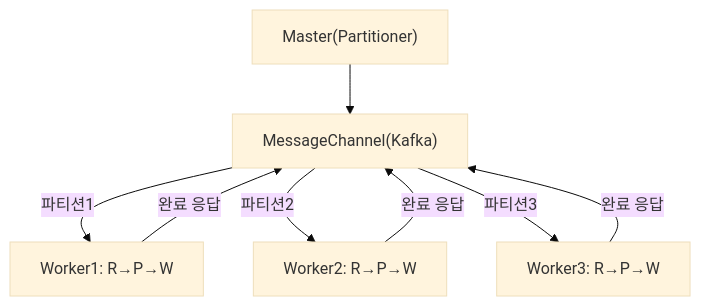
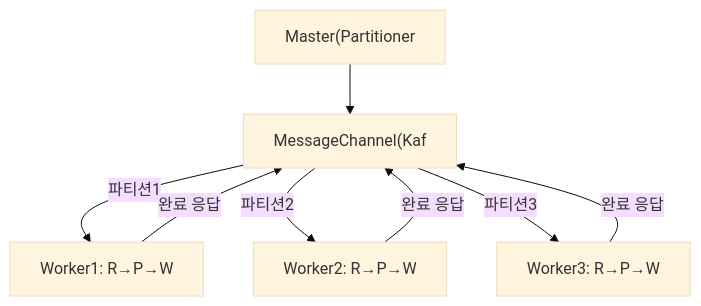
One commit to yjkim2015/yjkim2015.github.io changed the fourth of 6 diagrams in _posts/batch/2026-05-03-spring-batch-partitioning.md. Above: the diagram before and after it, drawn with Mermaid (base theme). The commit also changed other lines of this file and 271 other files, not shown here.

First line of the commit message:
Mermaid 라벨 축소: 긴 노드 텍스트 18자 이하로 트림 + \n 제거

````diff
--- a/_posts/batch/2026-05-03-spring-batch-partitioning.md
+++ b/_posts/batch/2026-05-03-spring-batch-partitioning.md
@@ -304,8 +304,8 @@
 ```mermaid
 flowchart TD
-    A["Master(Partitioner)"] --> B["MessageChannel(Kafka)"]
+    A["Master(Partitioner"] --> B["MessageChannel(Kaf"]
     B -->|파티션1| C["Worker1: R→P→W"]
     B -->|파티션2| D["Worker2: R→P→W"]
     B -->|파티션3| E["Worker3: R→P→W"]
     C & D & E -->|완료 응답| B
 ```
````
